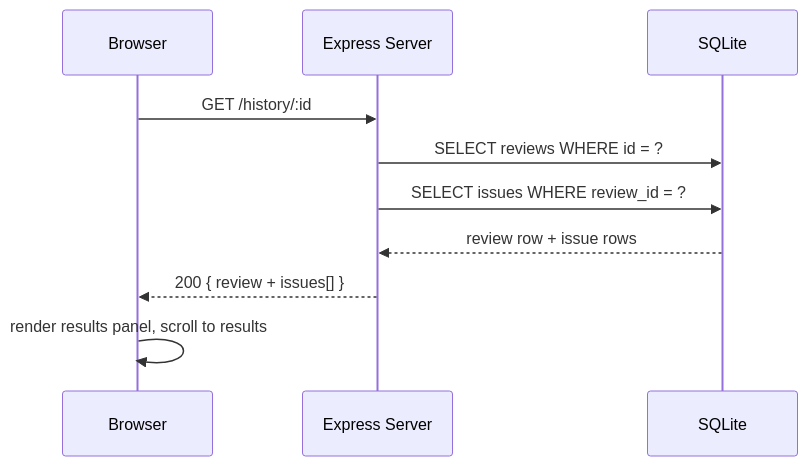
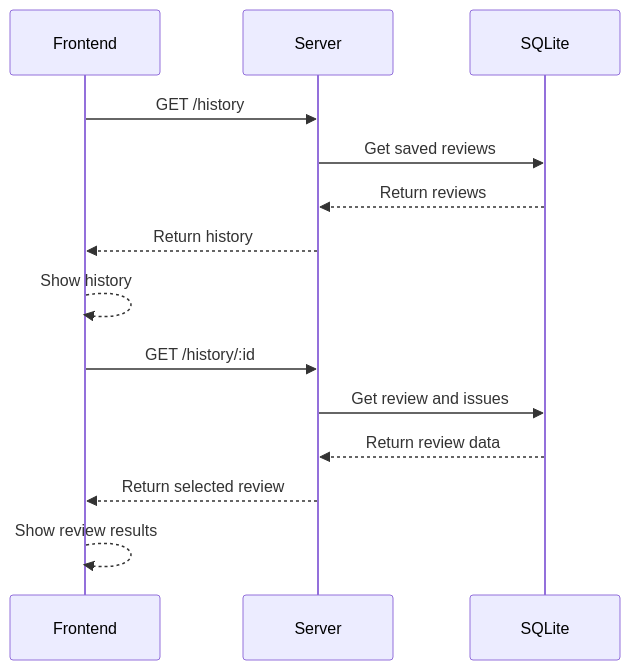
The third of 3 diagrams in architecture.md (dawoodsikandar123/ai-code-reviewer), drawn with Mermaid before and after one commit. The commit also changed other lines of this file, not shown here.

First line of the commit message:
Revise architecture documentation for clarity

````diff
--- a/architecture.md
+++ b/architecture.md
@@ -234,13 +151,18 @@
 ```mermaid
 sequenceDiagram
-    participant B as Browser
-    participant S as Express Server
+    participant F as Frontend
+    participant S as Server
     participant D as SQLite
 
-    B->>S: GET /history/:id
-    S->>D: SELECT reviews WHERE id = ?
-    S->>D: SELECT issues WHERE review_id = ?
-    D-->>S: review row + issue rows
-    S-->>B: 200 { review + issues[] }
-    B->>B: render results panel, scroll to results
+    F->>S: GET /history
+    S->>D: Get saved reviews
+    D-->>S: Return reviews
+    S-->>F: Return history
+    F-->>F: Show history
+
+    F->>S: GET /history/:id
+    S->>D: Get review and issues
+    D-->>S: Return review data
+    S-->>F: Return selected review
+    F-->>F: Show review results
 ```
````
